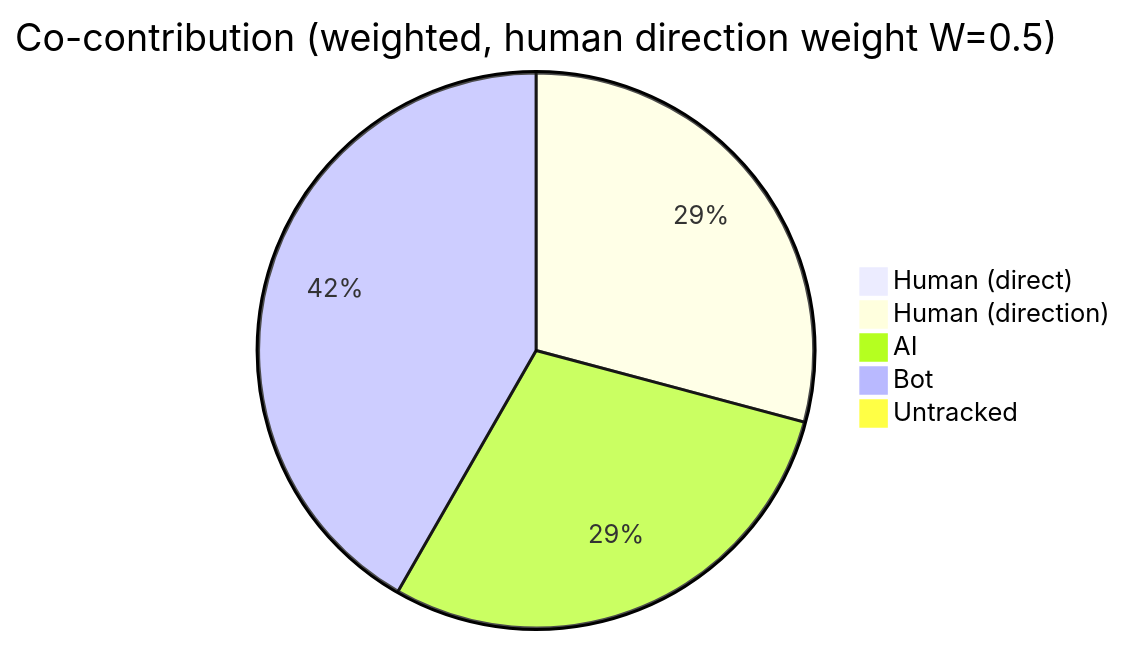
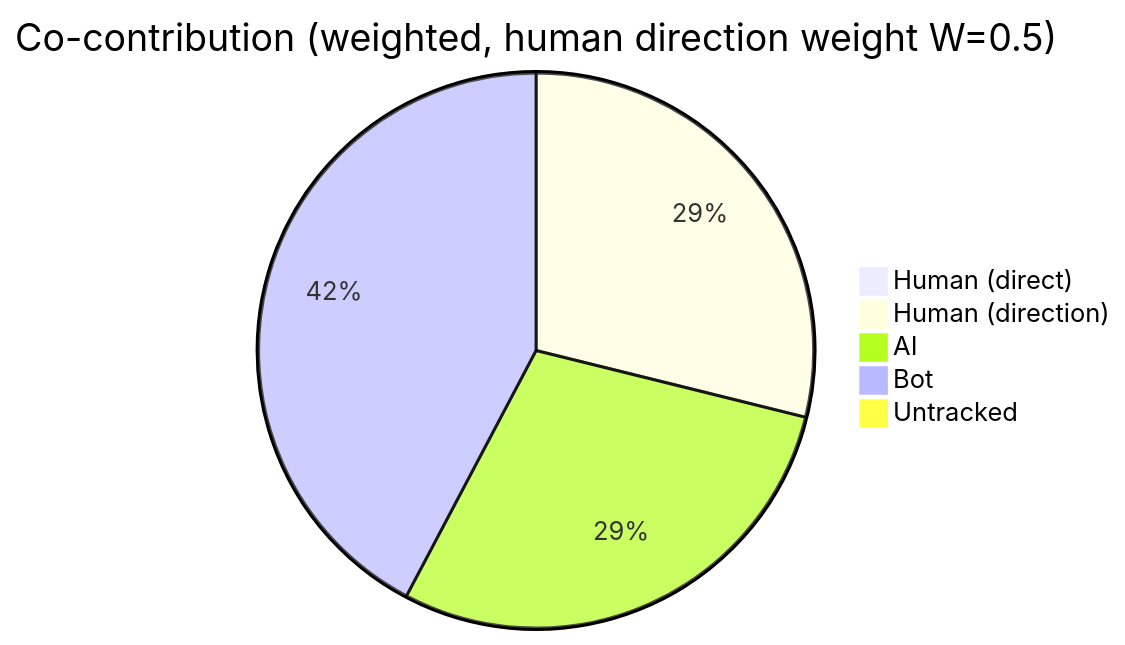
Before and after one commit to CaliMark/ai-authorship: the first of 4 diagrams in AI-AUTHORSHIP.md, drawn with Mermaid. The commit also changed other lines of this file and 1 other file, not shown here.

````diff
--- a/AI-AUTHORSHIP.md
+++ b/AI-AUTHORSHIP.md
@@ -23,8 +23,8 @@
 ```mermaid
 pie title Co-contribution (weighted, human direction weight W=0.5)
     "Human (direct)" : 0
-    "Human (direction)" : 1446
-    "AI" : 1445
-    "Bot" : 2069
-    "Untracked" : 9
+    "Human (direction)" : 1437
+    "AI" : 1437
+    "Bot" : 2104
+    "Untracked" : 13
 ```
````
